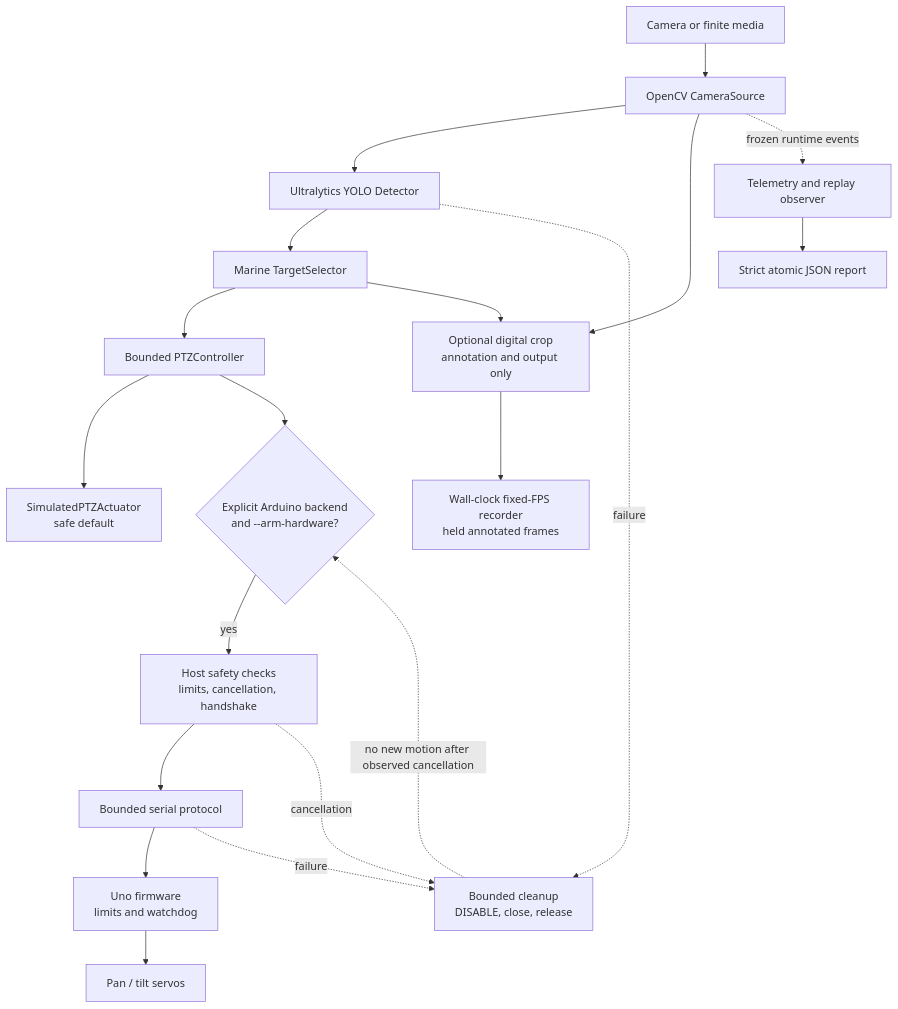
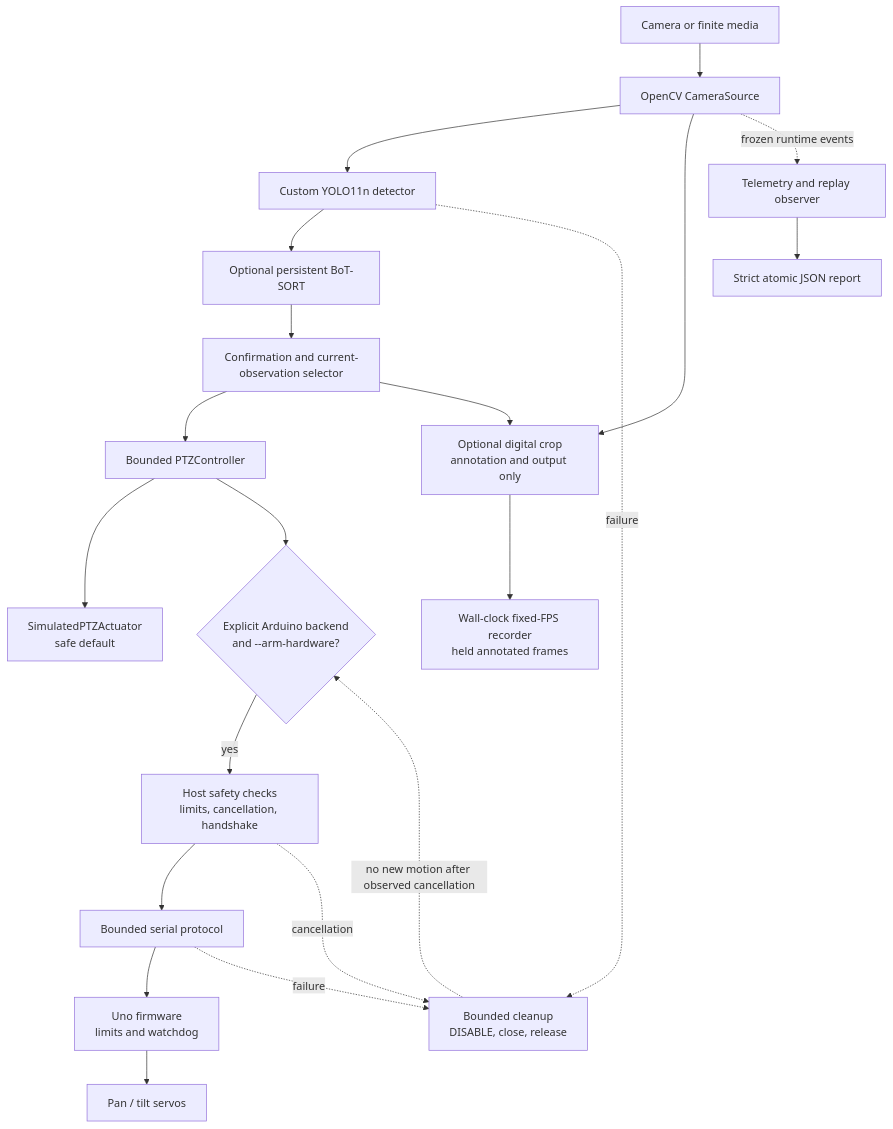
One commit to 22by7-raikar/marine-ptz-tracker changed the diagram in docs/architecture.md. Above: the diagram before and after it, drawn with Mermaid. The commit also changed other lines of this file and 7 other files, not shown here.

````diff
--- a/docs/architecture.md
+++ b/docs/architecture.md
@@ -15,22 +15,23 @@
 ```mermaid
 flowchart TD
     Media[Camera or finite media] --> Source[OpenCV CameraSource]
-    Source --> YOLO[Ultralytics YOLO Detector]
-    YOLO --> Select[Marine TargetSelector]
+    Source --> YOLO[Custom YOLO11n detector]
+    YOLO --> Track[Optional persistent BoT-SORT]
+    Track --> Select[Confirmation and current-observation selector]
     Select --> Control[Bounded PTZController]
     Select --> View[Optional digital crop\nannotation and output only]
     Source --> View
     View --> Record[Wall-clock fixed-FPS recorder\nheld annotated frames]
     Control --> Sim[SimulatedPTZActuator\nsafe default]
     Control --> Gate{Explicit Arduino backend\nand --arm-hardware?}
     Gate -->|yes| Host[Host safety checks\nlimits, cancellation, handshake]
     Host --> Serial[Bounded serial protocol]
     Serial --> Uno[Uno firmware\nlimits and watchdog]
     Uno --> Servos[Pan / tilt servos]
     Source -. frozen runtime events .-> Observer[Telemetry and replay observer]
     Observer --> Report[Strict atomic JSON report]
     YOLO -. failure .-> Cleanup[Bounded cleanup\nDISABLE, close, release]
     Serial -. failure .-> Cleanup
     Host -. cancellation .-> Cleanup
     Cleanup -. no new motion after observed cancellation .-> Gate
 ```
````
